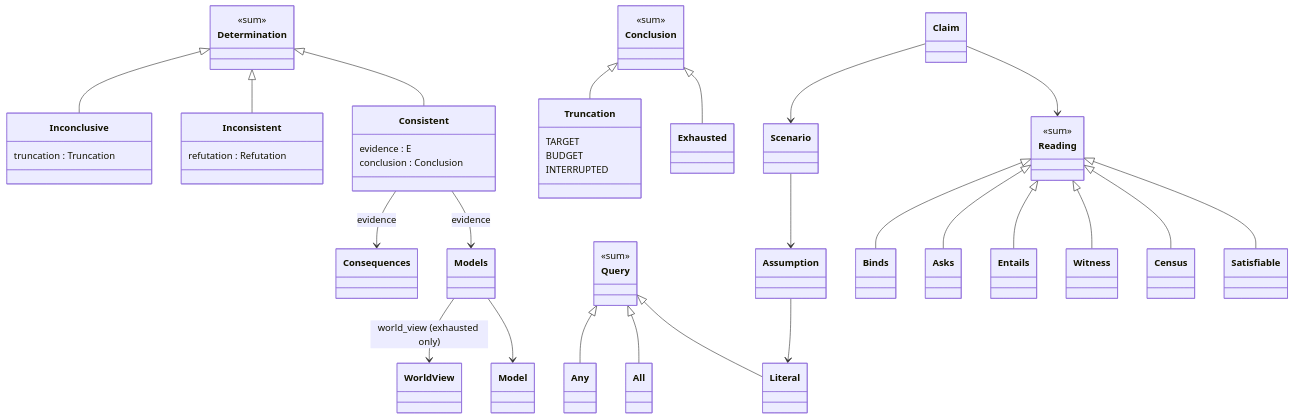
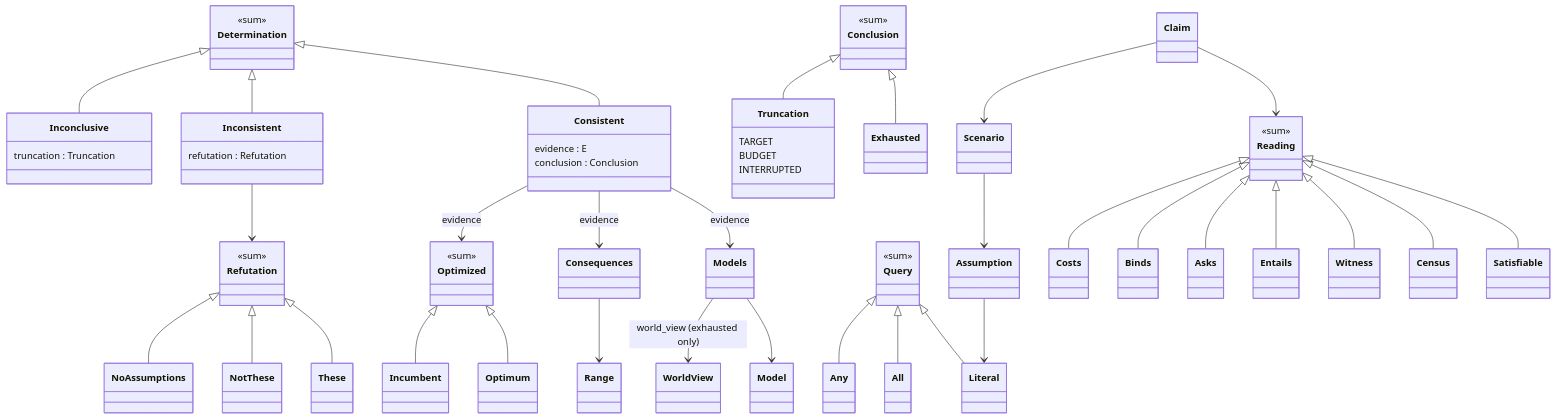
One commit to GregoryGelfond/elenctic changed the second of 2 diagrams in DESIGN-2026-10-30.md. Above: the diagram before and after it, drawn with Mermaid. The commit also changed other lines of this file, not shown here.

````diff
--- a/DESIGN-2026-10-30.md
+++ b/DESIGN-2026-10-30.md
@@ -117,52 +422,67 @@
 ```mermaid
 classDiagram
     class Determination {
         <<sum>>
     }
     Determination <|-- Consistent
     Determination <|-- Inconsistent
     Determination <|-- Inconclusive
     class Consistent {
         evidence : E
         conclusion : Conclusion
     }
     class Inconsistent {
         refutation : Refutation
     }
     class Inconclusive {
         truncation : Truncation
     }
     class Conclusion {
         <<sum>>
     }
     Conclusion <|-- Exhausted
     Conclusion <|-- Truncation
     class Truncation {
         TARGET
         BUDGET
         INTERRUPTED
     }
     Consistent --> Models : evidence
     Consistent --> Consequences : evidence
+    Consistent --> Optimized : evidence
+    class Refutation {
+        <<sum>>
+    }
+    Refutation <|-- These
+    Refutation <|-- NotThese
+    Refutation <|-- NoAssumptions
+    Inconsistent --> Refutation
+    class Optimized {
+        <<sum>>
+    }
+    Optimized <|-- Optimum
+    Optimized <|-- Incumbent
+    Consequences --> Range
     Models --> Model
     Models --> WorldView : world_view (exhausted only)
     class Query {
         <<sum>>
     }
     Query <|-- Literal
     Query <|-- All
     Query <|-- Any
     class Reading {
         <<sum>>
     }
     Reading <|-- Satisfiable
     Reading <|-- Census
     Reading <|-- Witness
     Reading <|-- Entails
     Reading <|-- Asks
     Reading <|-- Binds
+    Reading <|-- Costs
     Claim --> Reading
     Claim --> Scenario
     Scenario --> Assumption
     Assumption --> Literal
 ```
````
